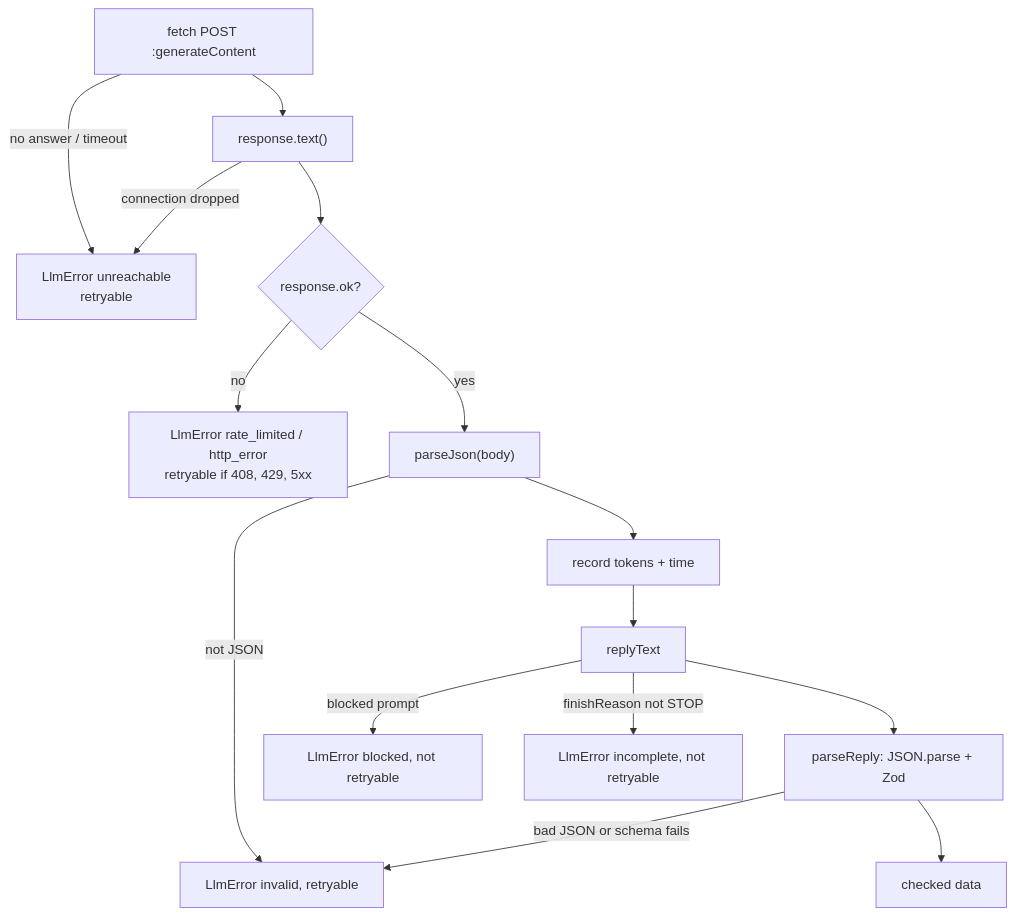
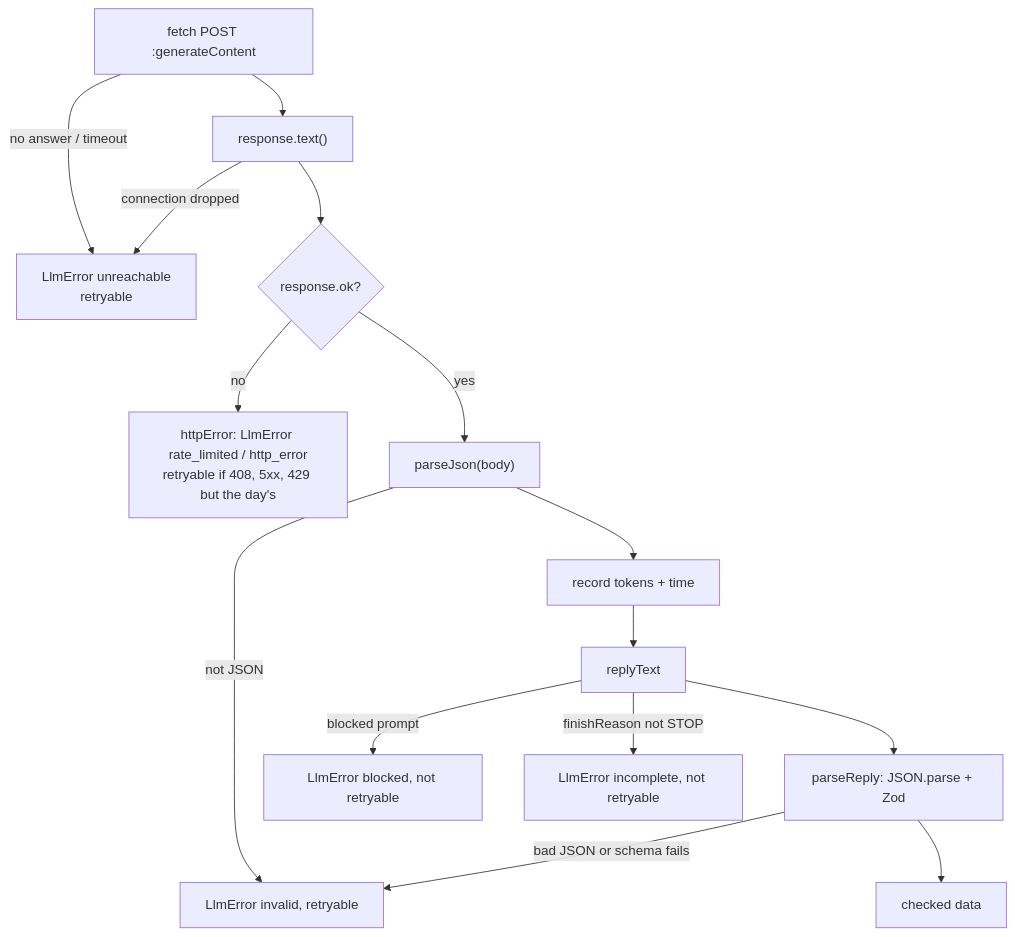
Before and after one commit to VictorBro/ft_transcendence: the fourth of 4 diagrams in docs/api/06-llm.md, drawn with Mermaid. The commit also changed other lines of this file and 223 other files, not shown here.

````diff
--- a/docs/api/06-llm.md
+++ b/docs/api/06-llm.md
@@ -540,17 +583,17 @@
 ```mermaid
 flowchart TD
     A["fetch POST :generateContent"] -->|"no answer / timeout"| U["LlmError unreachable<br/>retryable"]
     A --> B["response.text()"]
     B -->|"connection dropped"| U
     B --> C{"response.ok?"}
-    C -->|"no"| H["LlmError rate_limited / http_error<br/>retryable if 408, 429, 5xx"]
+    C -->|"no"| H["httpError: LlmError rate_limited / http_error<br/>retryable if 408, 5xx, 429 but the day's"]
     C -->|"yes"| D["parseJson(body)"]
     D -->|"not JSON"| I["LlmError invalid, retryable"]
     D --> E["record tokens + time"]
     E --> F["replyText"]
     F -->|"blocked prompt"| BL["LlmError blocked, not retryable"]
     F -->|"finishReason not STOP"| IN["LlmError incomplete, not retryable"]
     F --> G["parseReply: JSON.parse + Zod"]
     G -->|"bad JSON or schema fails"| I
     G --> OK["checked data"]
 ```
````
